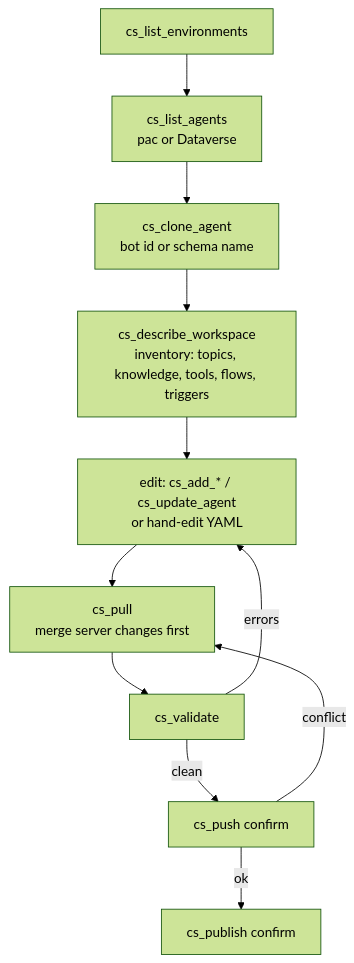
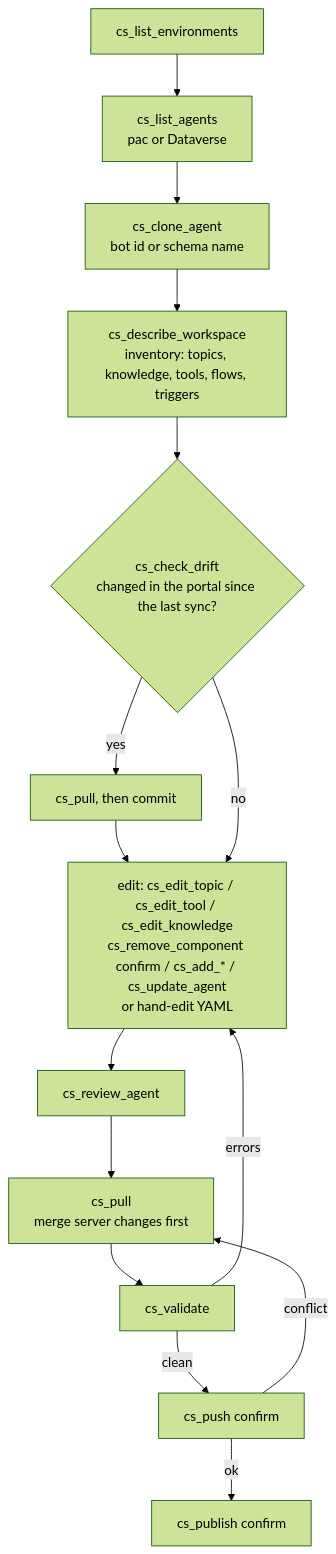
The third of 10 diagrams in docs/flows.md (jgt87/copilot-studio-mcp), drawn with Mermaid (forest theme) before and after one commit. The commit also changed other lines of this file and 8 other files, not shown here.

First line of the commit message:
Portal drift detection: sync stamp, cs_check_drift, push preflight

````diff
--- a/docs/flows.md
+++ b/docs/flows.md
@@ -71,13 +73,16 @@
 ```mermaid
 flowchart TD
     A["cs_list_environments"] --> B["cs_list_agents<br/>pac or Dataverse"]
     B --> C["cs_clone_agent<br/>bot id or schema name"]
     C --> D["cs_describe_workspace<br/>inventory: topics, knowledge, tools, flows, triggers"]
-    D --> E["edit: cs_add_* / cs_update_agent<br/>or hand-edit YAML"]
-    E --> F["cs_pull<br/>merge server changes first"]
+    D --> D2{"cs_check_drift<br/>changed in the portal since the last sync?"}
+    D2 -- yes --> D3["cs_pull, then commit"] --> E
+    D2 -- no --> E["edit: cs_edit_topic / cs_edit_tool / cs_edit_knowledge<br/>cs_remove_component confirm / cs_add_* / cs_update_agent<br/>or hand-edit YAML"]
+    E --> E2["cs_review_agent"]
+    E2 --> F["cs_pull<br/>merge server changes first"]
     F --> G["cs_validate"]
     G -- errors --> E
     G -- clean --> H["cs_push confirm"]
     H -- conflict --> F
     H -- ok --> I["cs_publish confirm"]
 ```
````
